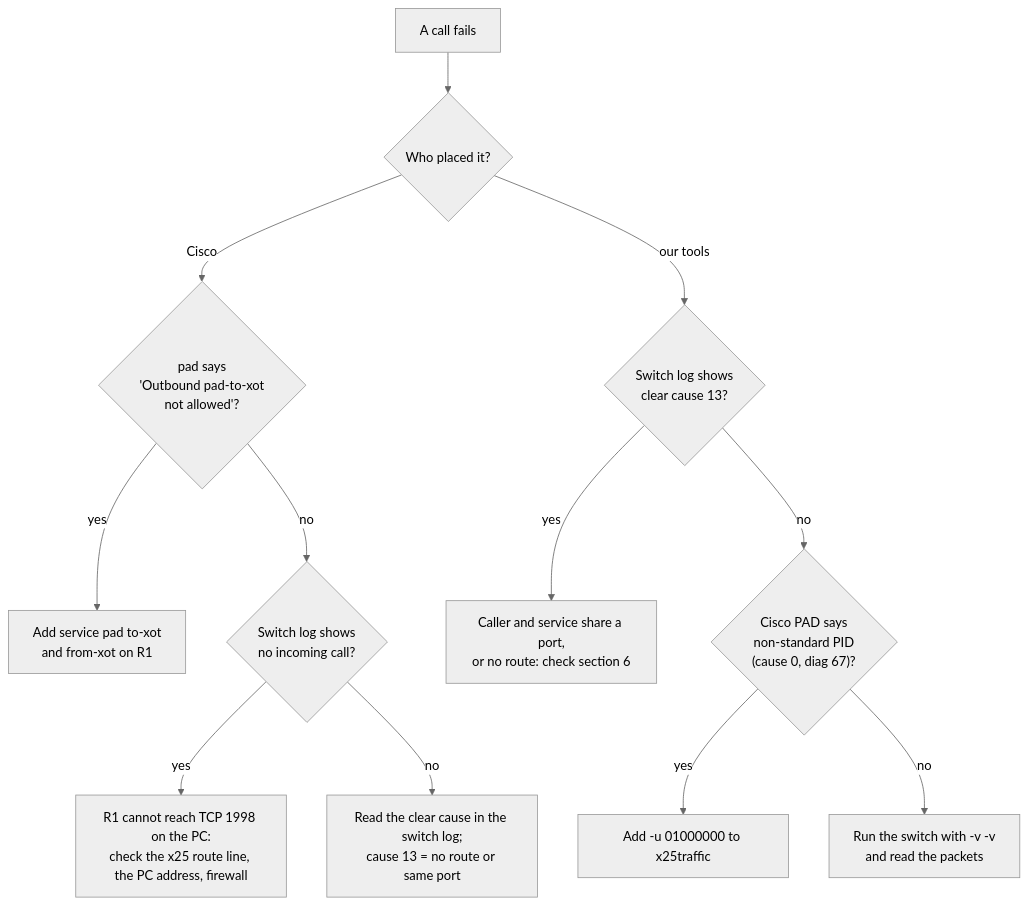
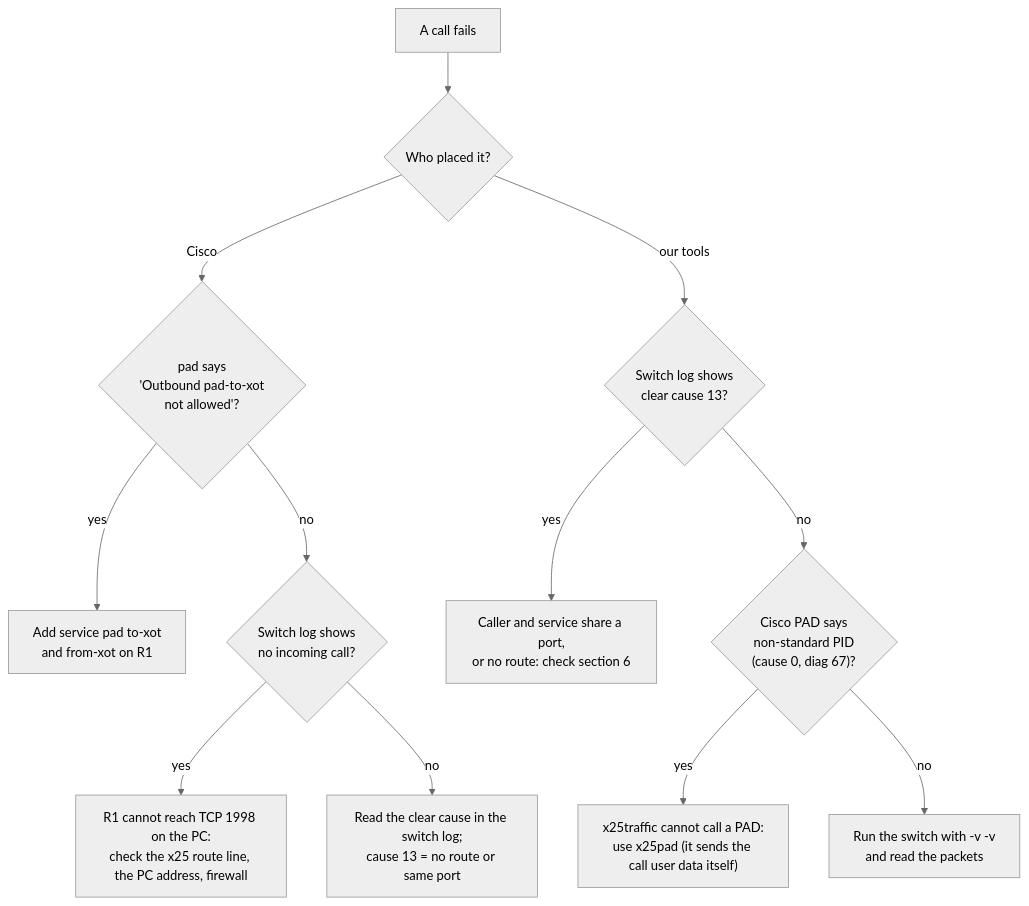
One commit to RetroCoreLabs/RetroX25 changed diagram 13 of 13 in src/docs/cisco-gns3-xot-test.md. Above: the diagram before and after it, drawn with Mermaid (neutral theme). The commit also changed other lines of this file and 17 other files, not shown here.

First line of the commit message:
Traffic tool is a data generator again: remove call-user-data and Q/M/D options; the PAD sends the X.29 data itself

````diff
--- a/src/docs/cisco-gns3-xot-test.md
+++ b/src/docs/cisco-gns3-xot-test.md
@@ -893,14 +896,14 @@
 ```mermaid
 flowchart TD
     S["A call fails"] --> W{"Who placed it?"}
     W -- "Cisco" --> C1{"pad says<br/>'Outbound pad-to-xot<br/>not allowed'?"}
     C1 -- yes --> F1["Add service pad to-xot<br/>and from-xot on R1"]
     C1 -- no --> C2{"Switch log shows<br/>no incoming call?"}
     C2 -- yes --> F2["R1 cannot reach TCP 1998 on the PC:<br/>check the x25 route line, the PC address, firewall"]
     C2 -- no --> F3["Read the clear cause in the switch log;<br/>cause 13 = no route or same port"]
     W -- "our tools" --> C3{"Switch log shows<br/>clear cause 13?"}
     C3 -- yes --> F4["Caller and service share a port,<br/>or no route: check section 6"]
     C3 -- no --> C4{"Cisco PAD says<br/>non-standard PID<br/>(cause 0, diag 67)?"}
-    C4 -- yes --> F5["Add -u 01000000 to x25traffic"]
+    C4 -- yes --> F5["x25traffic cannot call a PAD:<br/>use x25pad (it sends the call user data itself)"]
     C4 -- no --> F6["Run the switch with -v -v<br/>and read the packets"]
 ```
````
